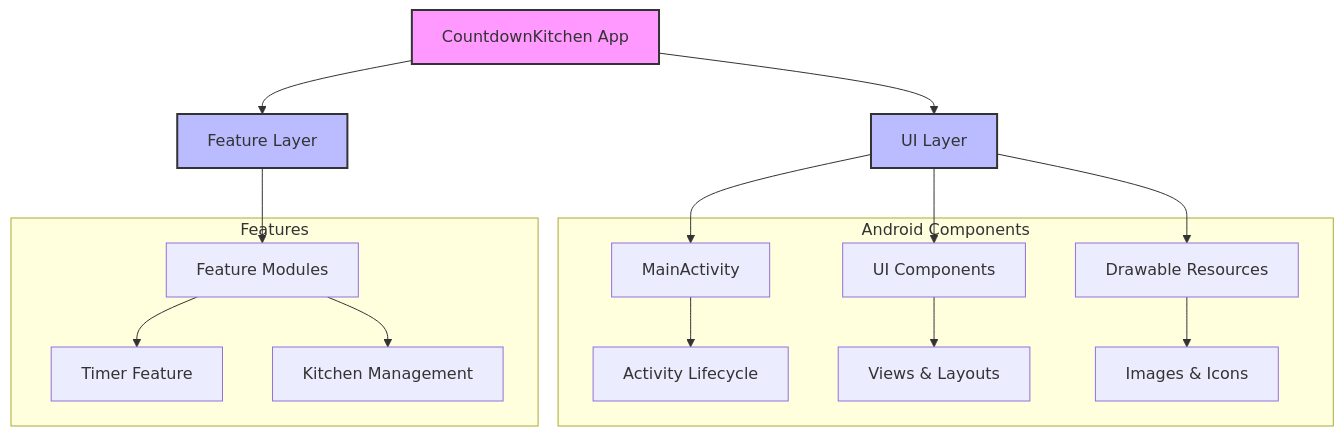
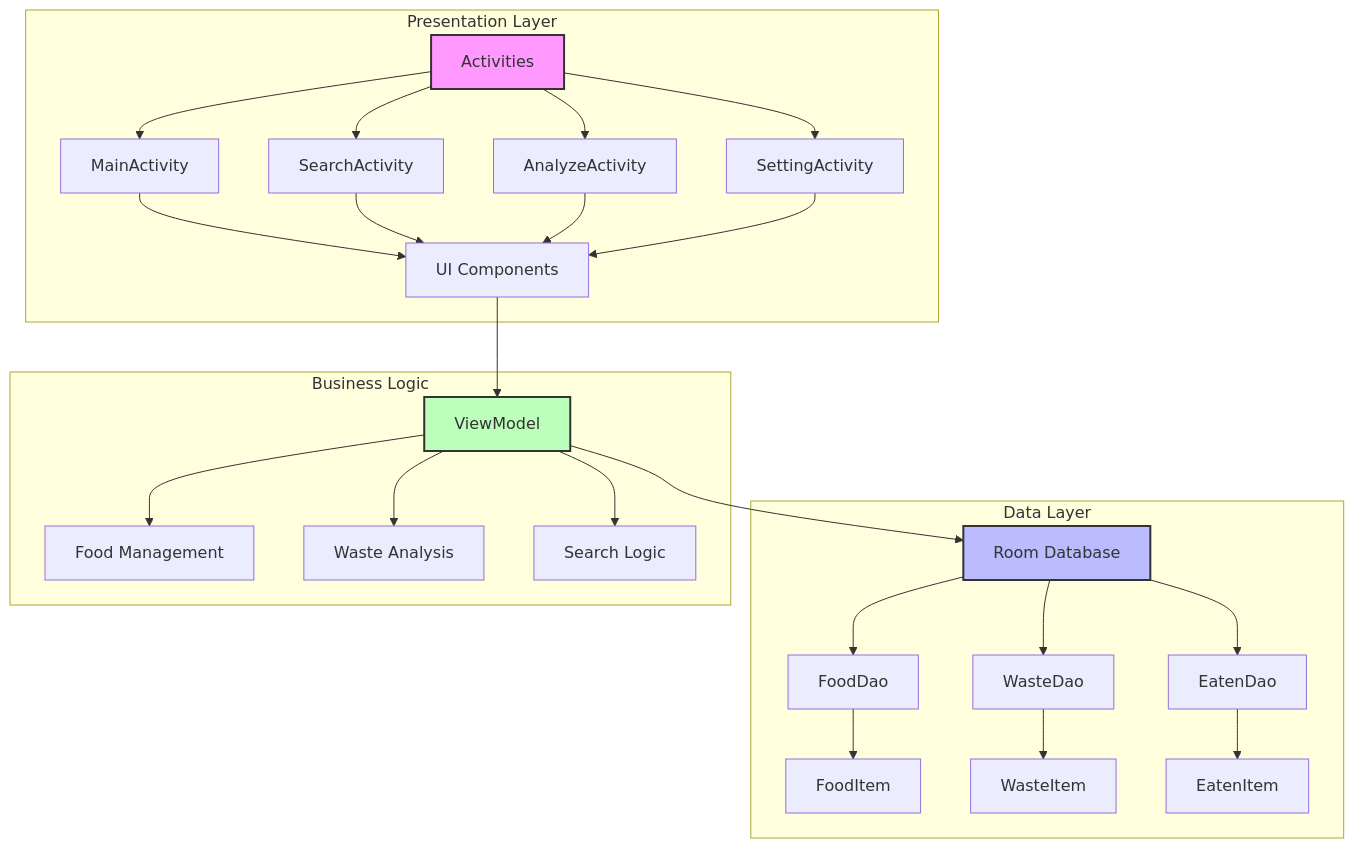
The diagram in CountDownKitchen.mmd (yulu1005/CountdownKitchen), drawn with Mermaid before and after one commit.

```diff
--- a/CountDownKitchen.mmd
+++ b/CountDownKitchen.mmd
@@ -1,24 +1,35 @@
 graph TD
-    A[CountdownKitchen App] --> B[UI Layer]
-    A --> C[Feature Layer]
-    
-    B --> D[MainActivity]
-    B --> E[UI Components]
-    B --> F[Drawable Resources]
-    
-    C --> G[Feature Modules]
-    
-    subgraph Android Components
-        D --> H[Activity Lifecycle]
-        E --> I[Views & Layouts]
-        F --> J[Images & Icons]
+    subgraph Presentation Layer
+        A[Activities] --> B[MainActivity]
+        A --> C[SearchActivity]
+        A --> D[AnalyzeActivity]
+        A --> E[SettingActivity]
+        
+        B --> F[UI Components]
+        C --> F
+        D --> F
+        E --> F
     end
-    
-    subgraph Features
-        G --> K[Timer Feature]
-        G --> L[Kitchen Management]
+
+    subgraph Data Layer
+        G[Room Database] --> H[FoodDao]
+        G --> I[WasteDao]
+        G --> J[EatenDao]
+        
+        H --> K[FoodItem]
+        I --> L[WasteItem]
+        J --> M[EatenItem]
     end
-    
+
+    subgraph Business Logic
+        N[ViewModel] --> O[Food Management]
+        N --> P[Waste Analysis]
+        N --> Q[Search Logic]
+    end
+
+    F --> N
+    N --> G
+
     style A fill:#f9f,stroke:#333,stroke-width:2px
-    style B fill:#bbf,stroke:#333,stroke-width:2px
-    style C fill:#bbf,stroke:#333,stroke-width:2px
+    style G fill:#bbf,stroke:#333,stroke-width:2px
+    style N fill:#bfb,stroke:#333,stroke-width:2px
```
